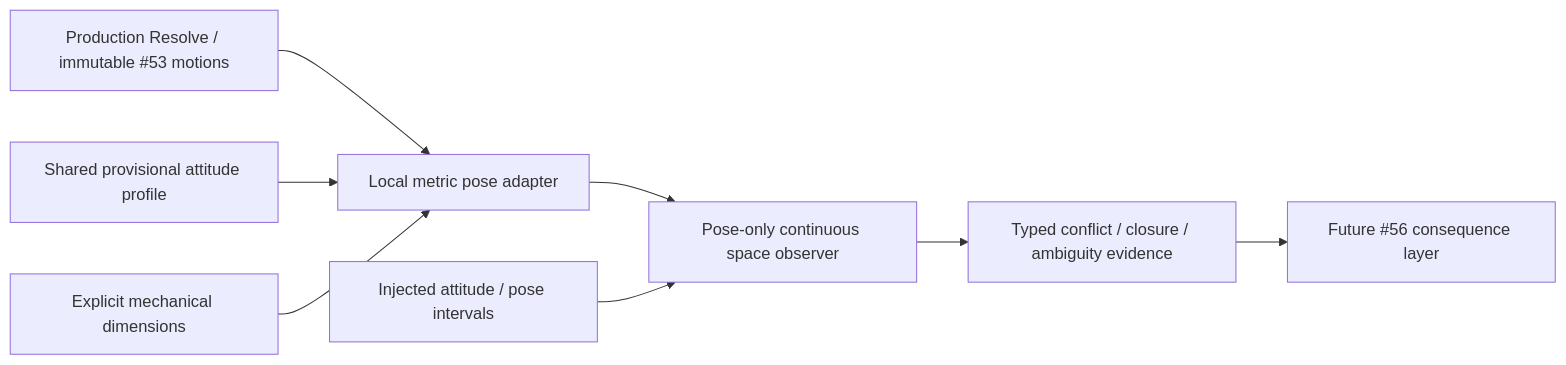
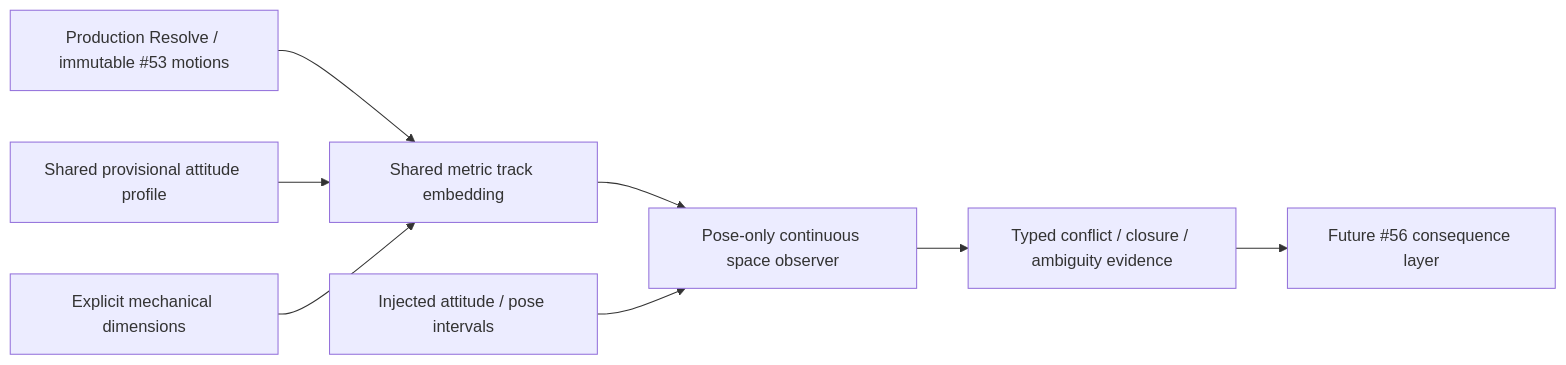
One commit to arturgladysz91/zuzel changed the diagram in docs/calibration/physical-occupancy-contested-space.md. Above: the diagram before and after it, drawn with Mermaid. The commit also changed other lines of this file and 13 other files, not shown here.

Commit message:
fix: embed resolved bike poses in one metric track frame

````diff
--- a/docs/calibration/physical-occupancy-contested-space.md
+++ b/docs/calibration/physical-occupancy-contested-space.md
@@ -15,10 +15,10 @@
 ```mermaid
 flowchart LR
-    R[Production Resolve / immutable #53 motions] --> A[Local metric pose adapter]
+    R[Production Resolve / immutable #53 motions] --> A[Shared metric track embedding]
     P[Shared provisional attitude profile] --> A
     D[Explicit mechanical dimensions] --> A
     A --> C[Pose-only continuous space observer]
     I[Injected attitude / pose intervals] --> C
     C --> E[Typed conflict / closure / ambiguity evidence]
     E --> F[Future #56 consequence layer]
 ```
````
